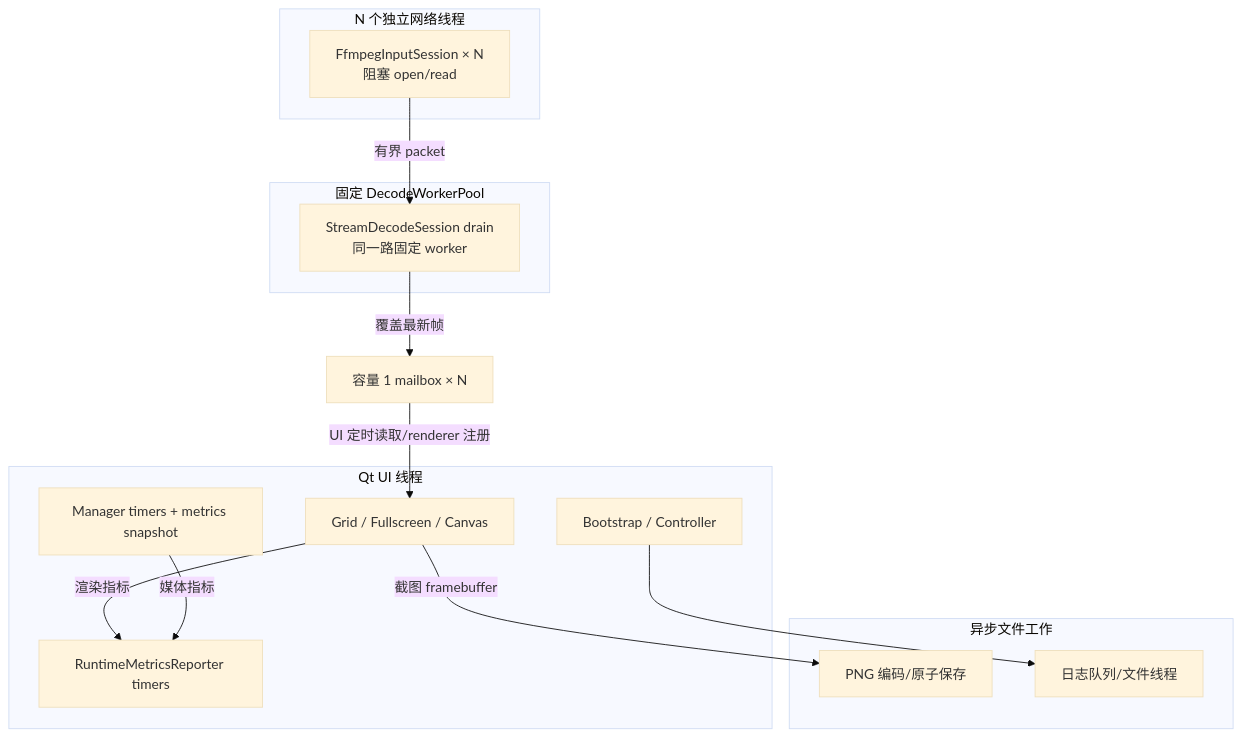
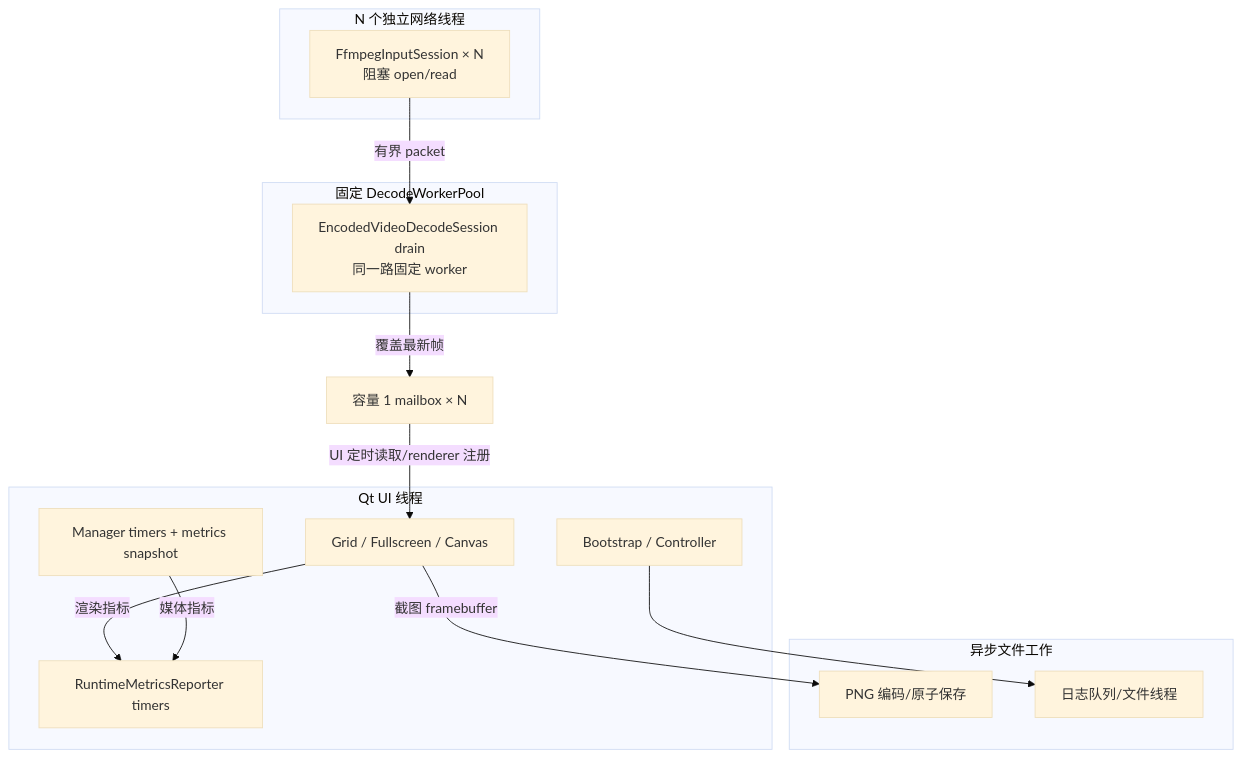
Before and after one commit to FKstack/rtmpProject: the ninth of 9 diagrams in docs/versions/rtmp-v1/architecture/progressive_decoupling_architecture.md, drawn with Mermaid (base theme). The commit also changed other lines of this file and 24 other files, not shown here.

````diff
--- a/docs/versions/rtmp-v1/architecture/progressive_decoupling_architecture.md
+++ b/docs/versions/rtmp-v1/architecture/progressive_decoupling_architecture.md
@@ -720,30 +721,30 @@
 ```mermaid
 flowchart TB
     subgraph UIThread["Qt UI 线程"]
         Bootstrap["Bootstrap / Controller"]
         Manager["Manager timers + metrics snapshot"]
         Grid["Grid / Fullscreen / Canvas"]
         Reporter["RuntimeMetricsReporter timers"]
     end
 
     subgraph NetworkThreads["N 个独立网络线程"]
         Inputs["FfmpegInputSession × N<br/>阻塞 open/read"]
     end
 
     subgraph WorkerThreads["固定 DecodeWorkerPool"]
-        Decoders["StreamDecodeSession drain<br/>同一路固定 worker"]
+        Decoders["EncodedVideoDecodeSession drain<br/>同一路固定 worker"]
     end
 
     subgraph FileWork["异步文件工作"]
         Screenshot["PNG 编码/原子保存"]
         Logs["日志队列/文件线程"]
     end
 
     Inputs -->|有界 packet| Decoders
     Decoders -->|覆盖最新帧| Mailboxes["容量 1 mailbox × N"]
     Mailboxes -->|UI 定时读取/renderer 注册| Grid
     Grid -->|渲染指标| Reporter
     Manager -->|媒体指标| Reporter
     Grid -->|截图 framebuffer| Screenshot
     Bootstrap --> Logs
 ```
````
